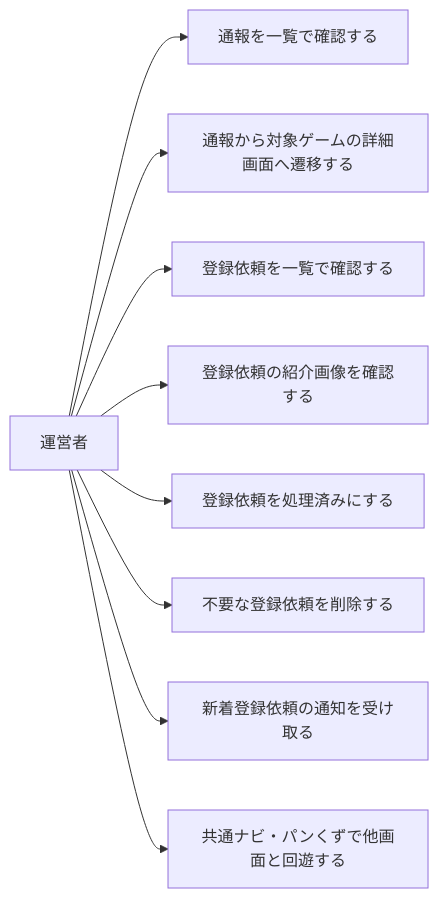
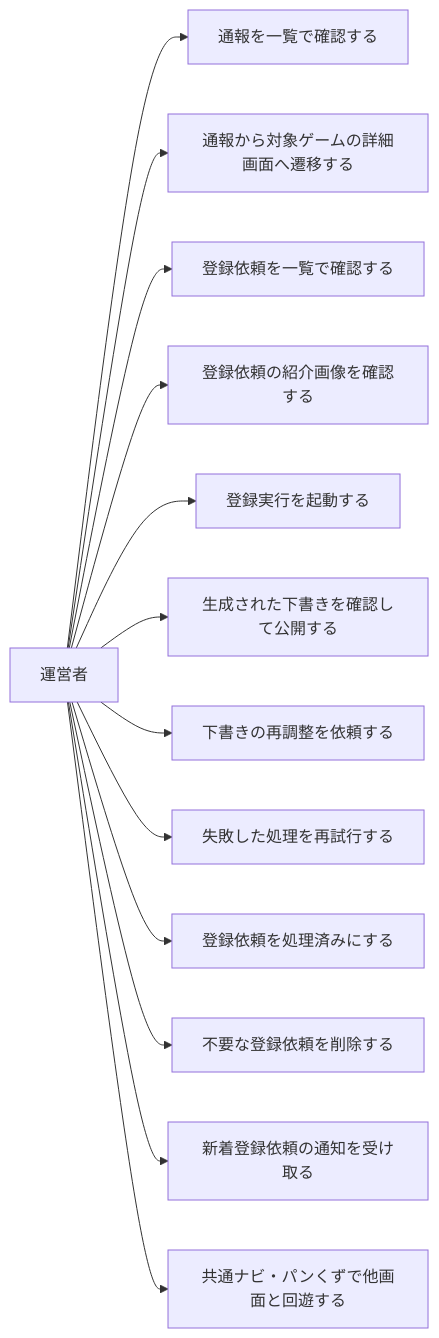
Before and after one commit to zakiyama0108/benriyatool: the diagram in specs/board-game-rules/admin/requirements.md, drawn with Mermaid. The commit also changed other lines of this file and 9 other files, not shown here.

````diff
--- a/specs/board-game-rules/admin/requirements.md
+++ b/specs/board-game-rules/admin/requirements.md
@@ -28,13 +32,17 @@
 ```mermaid
 flowchart LR
     admin[運営者]
 
     admin --> viewReports[通報を一覧で確認する]
     admin --> gotoGame[通報から対象ゲームの詳細画面へ遷移する]
     admin --> viewRequests[登録依頼を一覧で確認する]
     admin --> viewRequestPhoto[登録依頼の紹介画像を確認する]
+    admin --> triggerRegistration[登録実行を起動する]
+    admin --> reviewDraft[生成された下書きを確認して公開する]
+    admin --> requestRevision[下書きの再調整を依頼する]
+    admin --> retryFailed[失敗した処理を再試行する]
     admin --> markProcessed[登録依頼を処理済みにする]
     admin --> deleteRequest[不要な登録依頼を削除する]
     admin --> notified[新着登録依頼の通知を受け取る]
     admin --> navigate[共通ナビ・パンくずで他画面と回遊する]
 ```
````
